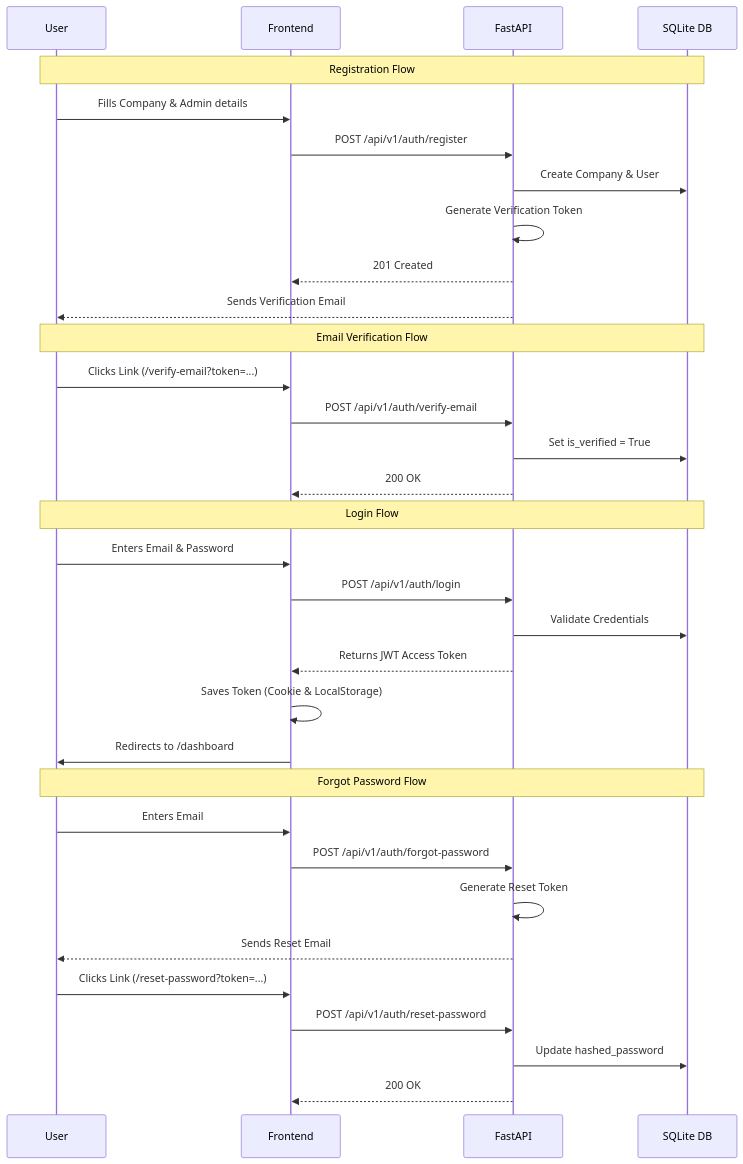
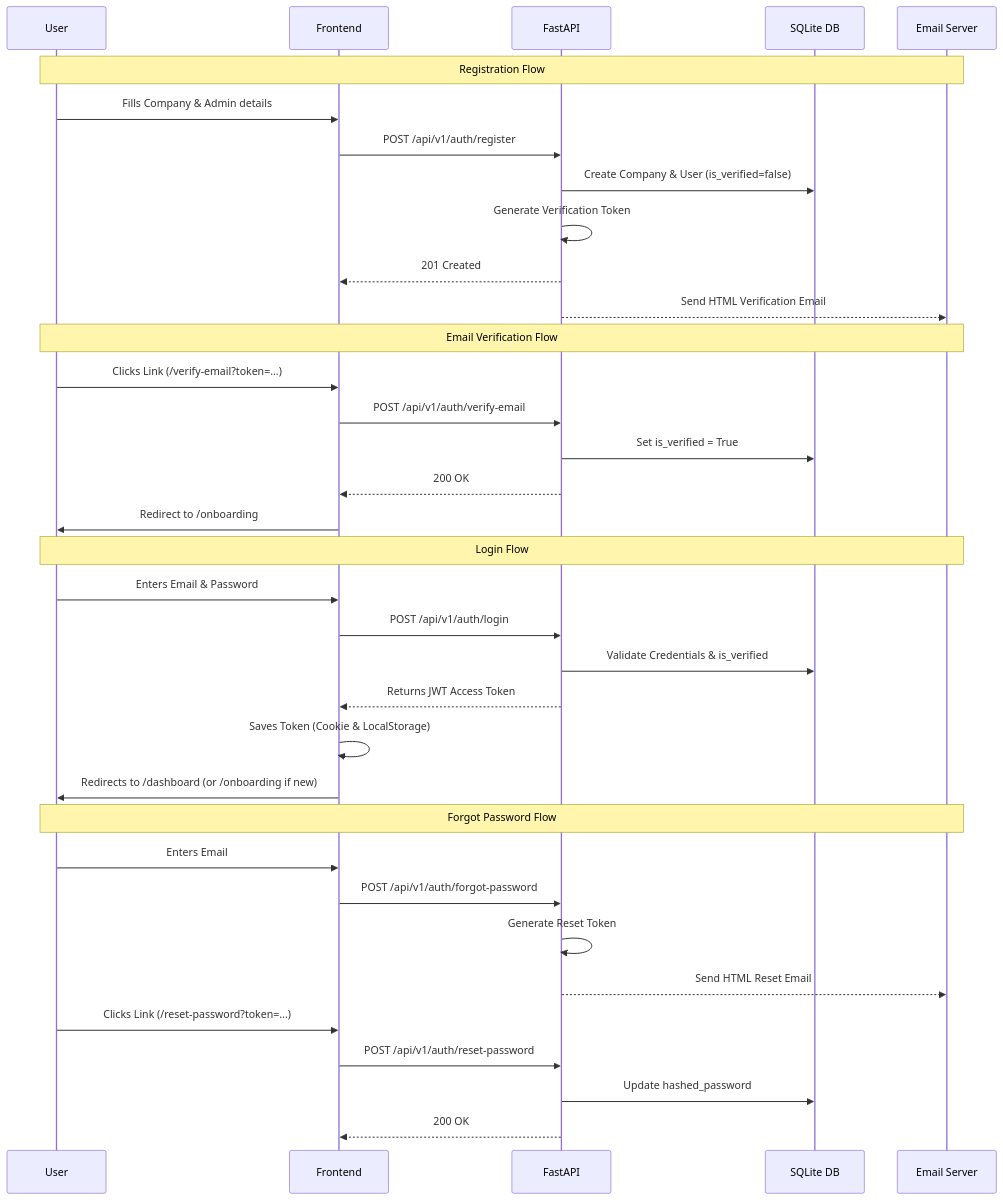
Before and after one commit to Tesera-Dashboard/tesera-web: the seventh of 7 diagrams in README.md, drawn with Mermaid. The commit also changed other lines of this file and 13 other files, not shown here.

````diff
--- a/README.md
+++ b/README.md
@@ -119,39 +463,41 @@
 ```mermaid
 sequenceDiagram
     participant User
     participant Frontend
     participant FastAPI
     participant DB as SQLite DB
+    participant SMTP as Email Server
 
-    Note over User, DB: Registration Flow
+    Note over User, SMTP: Registration Flow
     User->>Frontend: Fills Company & Admin details
     Frontend->>FastAPI: POST /api/v1/auth/register
-    FastAPI->>DB: Create Company & User
+    FastAPI->>DB: Create Company & User (is_verified=false)
     FastAPI->>FastAPI: Generate Verification Token
     FastAPI-->>Frontend: 201 Created
-    FastAPI-->>User: Sends Verification Email
+    FastAPI-->>SMTP: Send HTML Verification Email
 
-    Note over User, DB: Email Verification Flow
+    Note over User, SMTP: Email Verification Flow
     User->>Frontend: Clicks Link (/verify-email?token=...)
     Frontend->>FastAPI: POST /api/v1/auth/verify-email
     FastAPI->>DB: Set is_verified = True
     FastAPI-->>Frontend: 200 OK
+    Frontend->>User: Redirect to /onboarding
 
-    Note over User, DB: Login Flow
+    Note over User, SMTP: Login Flow
     User->>Frontend: Enters Email & Password
     Frontend->>FastAPI: POST /api/v1/auth/login
-    FastAPI->>DB: Validate Credentials
+    FastAPI->>DB: Validate Credentials & is_verified
     FastAPI-->>Frontend: Returns JWT Access Token
     Frontend->>Frontend: Saves Token (Cookie & LocalStorage)
-    Frontend->>User: Redirects to /dashboard
+    Frontend->>User: Redirects to /dashboard (or /onboarding if new)
 
-    Note over User, DB: Forgot Password Flow
+    Note over User, SMTP: Forgot Password Flow
     User->>Frontend: Enters Email
     Frontend->>FastAPI: POST /api/v1/auth/forgot-password
     FastAPI->>FastAPI: Generate Reset Token
-    FastAPI-->>User: Sends Reset Email
+    FastAPI-->>SMTP: Send HTML Reset Email
     User->>Frontend: Clicks Link (/reset-password?token=...)
     Frontend->>FastAPI: POST /api/v1/auth/reset-password
     FastAPI->>DB: Update hashed_password
     FastAPI-->>Frontend: 200 OK
 ```
````
